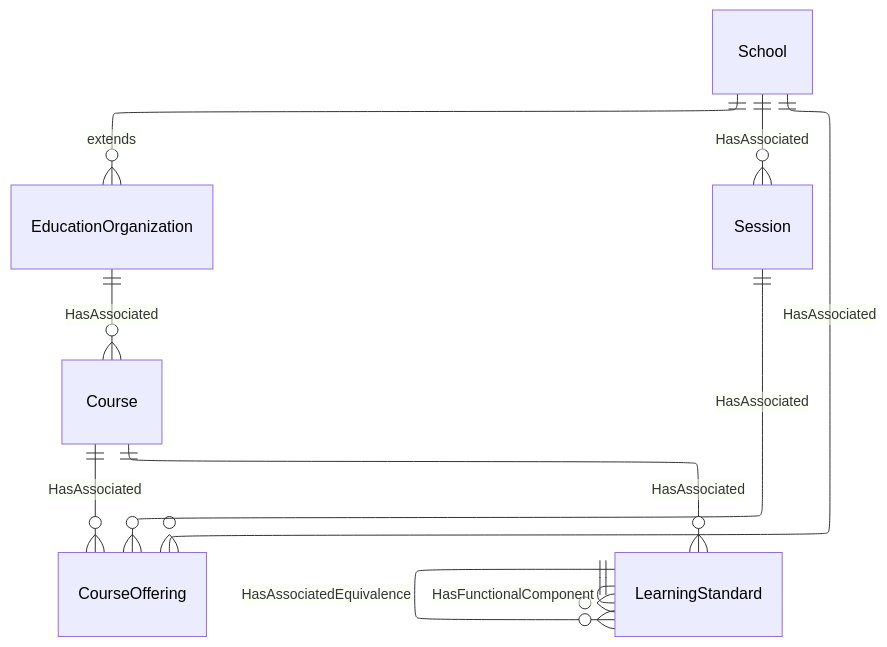
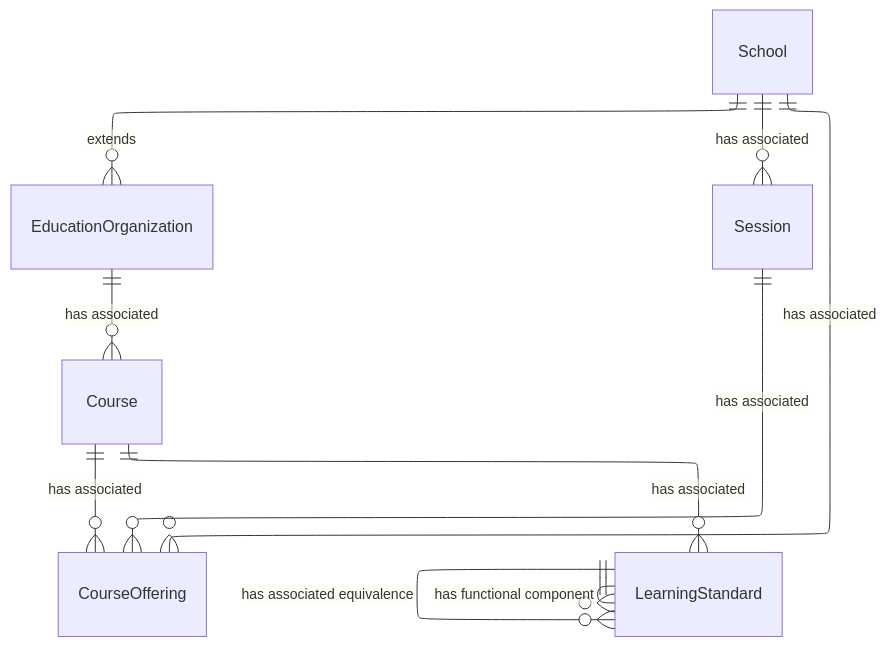
Before and after one commit to Ed-Fi-Alliance-OSS/ed-fi-alliance-oss.github.io: the second of 3 diagrams in dataStandard_versioned_docs/version-6/model-reference/teaching-and-learning-domain/model-diagrams.md, drawn with Mermaid. The commit also changed other lines of this file and 24 other files, not shown here.

````diff
--- a/dataStandard_versioned_docs/version-6/model-reference/teaching-and-learning-domain/model-diagrams.md
+++ b/dataStandard_versioned_docs/version-6/model-reference/teaching-and-learning-domain/model-diagrams.md
@@ -102,37 +102,31 @@
 ```mermaid
 ---
 
 config:
   layout: elk
 ---
 
 erDiagram
     EducationOrganization {
     }
     School {
     }
     Session {
     }
     Course {
     }
     CourseOffering {
     }
     LearningStandard {
     }
 
     School ||--o{ EducationOrganization : "extends"
-    EducationOrganization ||--o{ Course : "HasAssociated"
-    School ||--o{ Session : "HasAssociated"
-    School ||--o{ CourseOffering : "HasAssociated"
-    Session ||--o{ CourseOffering : "HasAssociated"
-    Course ||--o{ CourseOffering : "HasAssociated"
-    Course ||--o{ LearningStandard : "HasAssociated"
-    LearningStandard ||--o{ LearningStandard : "HasFunctionalComponent"
-    LearningStandard ||--o{ LearningStandard : "HasAssociatedEquivalence"
-    style EducationOrganization color:#000000
-    style School color:#000000
-    style Session color:#000000
-    style Course color:#000000
-    style CourseOffering color:#000000
-    style LearningStandard color:#000000
+    EducationOrganization ||--o{ Course : "has associated"
+    School ||--o{ Session : "has associated"
+    School ||--o{ CourseOffering : "has associated"
+    Session ||--o{ CourseOffering : "has associated"
+    Course ||--o{ CourseOffering : "has associated"
+    Course ||--o{ LearningStandard : "has associated"
+    LearningStandard ||--o{ LearningStandard : "has functional component"
+    LearningStandard ||--o{ LearningStandard : "has associated equivalence"
 ```
````
